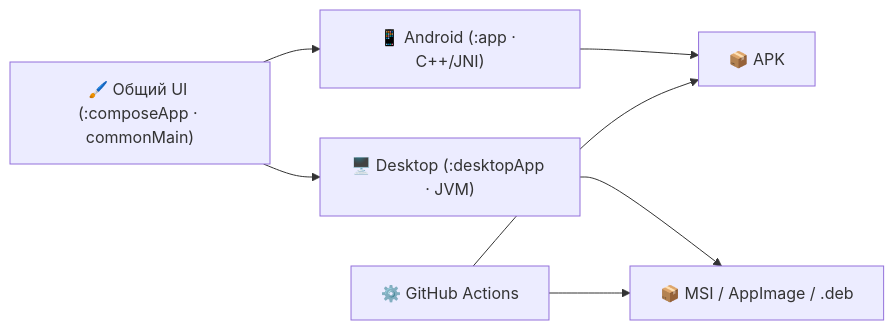
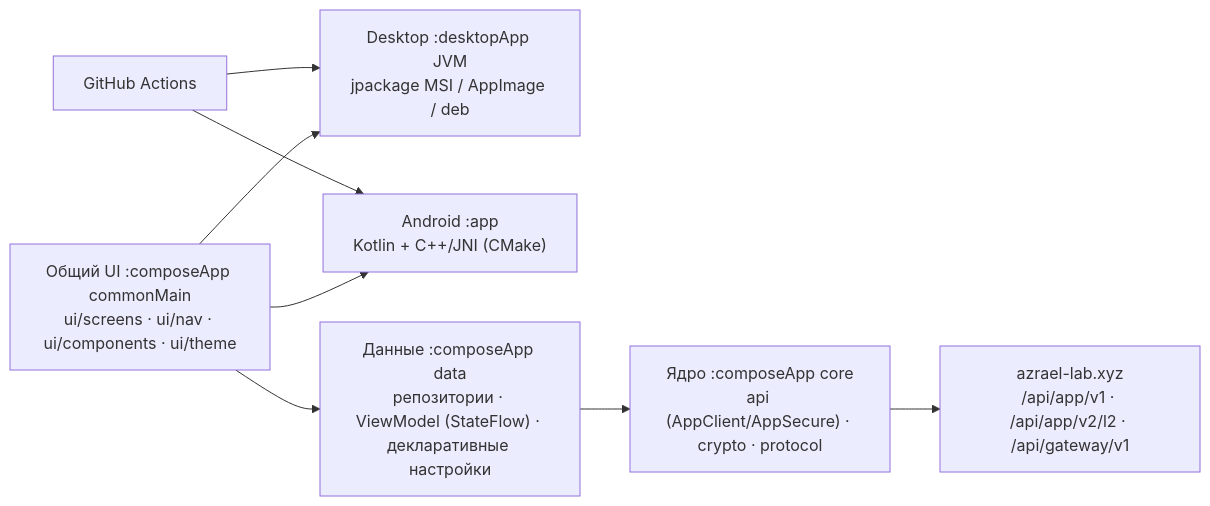
The second of 3 diagrams in README.md (PAF-DE0H1SS/AZRAEL-APP), drawn with Mermaid before and after one commit. The commit also changed other lines of this file and 6 other files, not shown here.

````diff
--- a/README.md
+++ b/README.md
@@ -169,8 +286,9 @@
 ```mermaid
 flowchart LR
-    A["🖌️ Общий UI (:composeApp · commonMain)"] --> B["📱 Android (:app · C++/JNI)"]
-    A --> C["🖥️ Desktop (:desktopApp · JVM)"]
-    B --> D["📦 APK"]
-    C --> E["📦 MSI / AppImage / .deb"]
-    G["⚙️ GitHub Actions"] --> D & E
+    A["Общий UI :composeApp commonMain<br/>ui/screens · ui/nav · ui/components · ui/theme"] --> C["Desktop :desktopApp JVM<br/>jpackage MSI / AppImage / deb"]
+    A --> B["Android :app<br/>Kotlin + C++/JNI (CMake)"]
+    A --> D["Данные :composeApp data<br/>репозитории · ViewModel (StateFlow) · декларативные настройки"]
+    D --> E["Ядро :composeApp core<br/>api (AppClient/AppSecure) · crypto · protocol"]
+    E --> F["azrael-lab.xyz<br/>/api/app/v1 · /api/app/v2/l2 · /api/gateway/v1"]
+    G["GitHub Actions"] --> B & C
 ```
````
